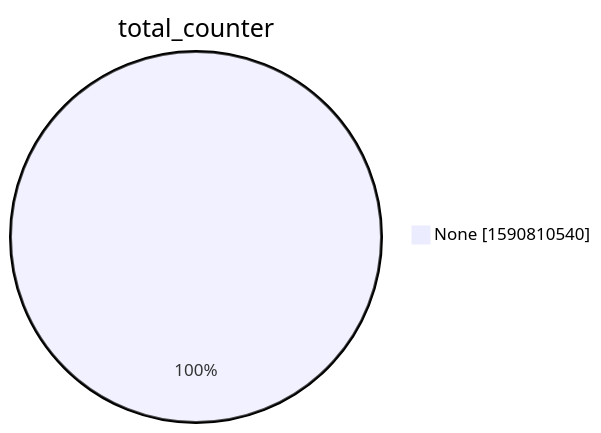
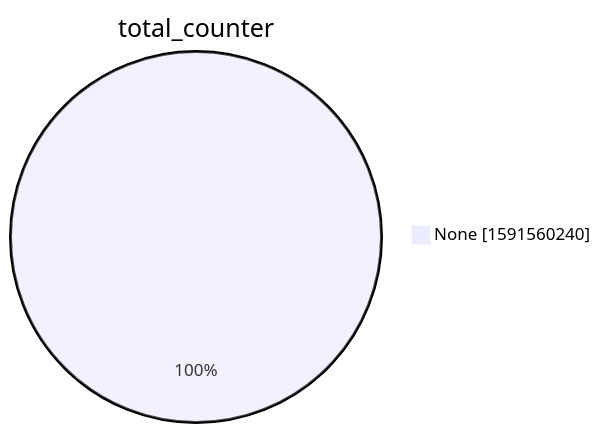
Before and after one commit to christiankrug/ctmonitor_visualization: the second of 15 diagrams in xenon2022/README.md, drawn with Mermaid. The commit also changed other lines of this file, not shown here.

````diff
--- a/xenon2022/README.md
+++ b/xenon2022/README.md
@@ -9,5 +9,5 @@
 ```mermaid
 pie showData
 title total_counter
-"None" :1590810540
+"None" :1591560240
 ```
````
